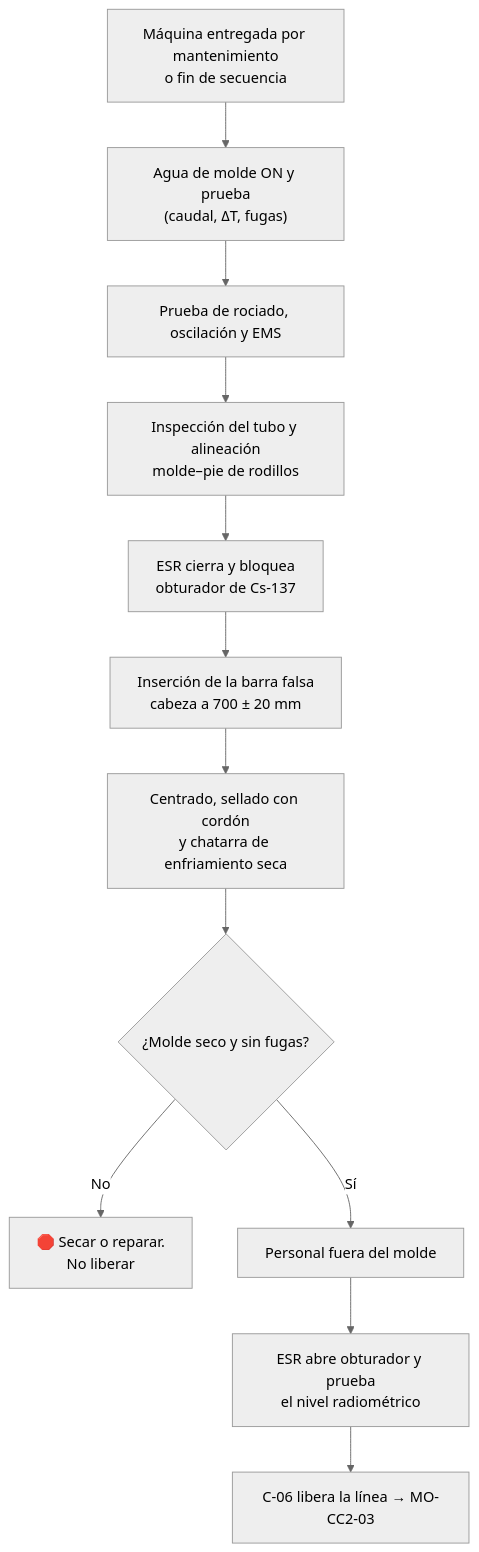
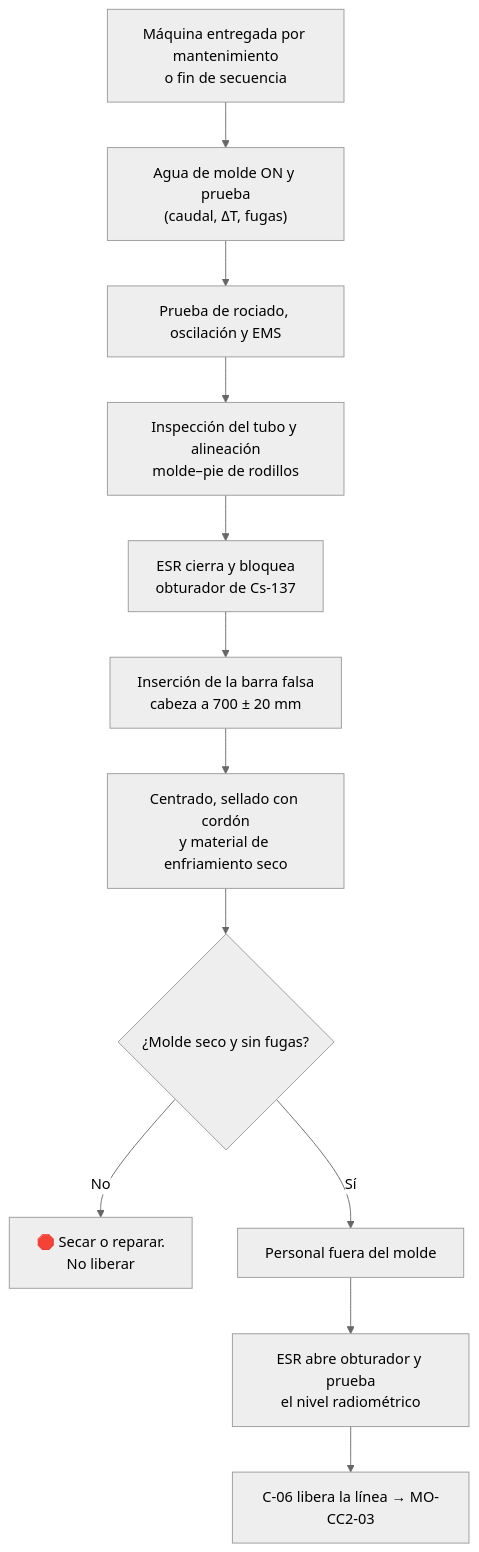
Before and after one commit to diegocardonaguzman03-maker/HR: the diagram in 10-plantas/01-steelmaking/02-operacion/cc2/MO-CC2-02-insercion-barra-falsa-rigida.md, drawn with Mermaid (neutral theme). The commit also changed other lines of this file and 33 other files, not shown here.

````diff
--- a/10-plantas/01-steelmaking/02-operacion/cc2/MO-CC2-02-insercion-barra-falsa-rigida.md
+++ b/10-plantas/01-steelmaking/02-operacion/cc2/MO-CC2-02-insercion-barra-falsa-rigida.md
@@ -34,14 +34,14 @@
 ```mermaid
 flowchart TD
     A["Máquina entregada por mantenimiento<br/>o fin de secuencia"] --> B["Agua de molde ON y prueba<br/>(caudal, ΔT, fugas)"]
     B --> C["Prueba de rociado, oscilación y EMS"]
     C --> D["Inspección del tubo y alineación<br/>molde–pie de rodillos"]
     D --> E["ESR cierra y bloquea<br/>obturador de Cs-137"]
     E --> F["Inserción de la barra falsa<br/>cabeza a 700 ± 20 mm"]
-    F --> G["Centrado, sellado con cordón<br/>y chatarra de enfriamiento seca"]
+    F --> G["Centrado, sellado con cordón<br/>y material de enfriamiento seco"]
     G --> H{"¿Molde seco y sin fugas?"}
     H -- No --> H1["🛑 Secar o reparar.<br/>No liberar"]
     H -- Sí --> I["Personal fuera del molde"]
     I --> J["ESR abre obturador y prueba<br/>el nivel radiométrico"]
     J --> K["C-06 libera la línea → MO-CC2-03"]
 ```
````
